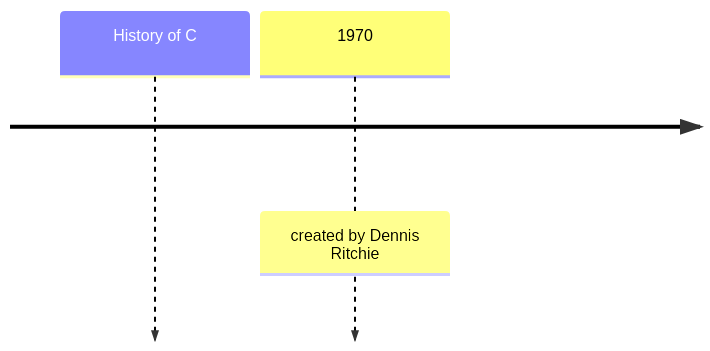
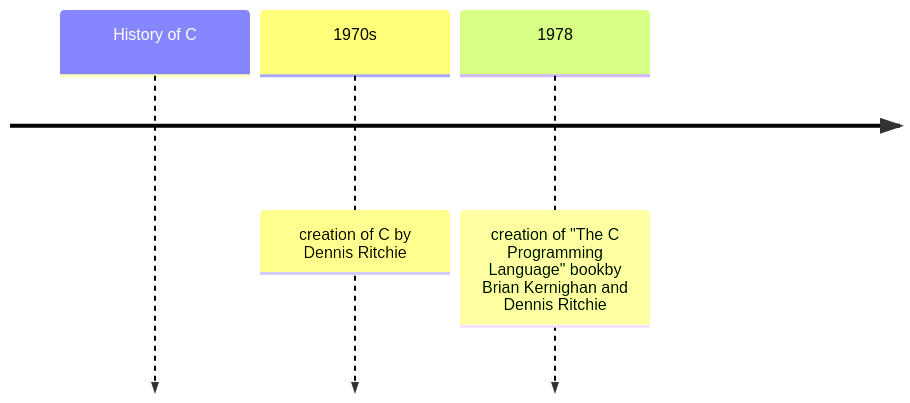
The first of 2 diagrams in other projects/C_learning/history_of_c.md (ProGamerXbox/ComputerScience), drawn with Mermaid before and after one commit. The commit also changed other lines of this file, not shown here.

````diff
--- a/other projects/C_learning/history_of_c.md
+++ b/other projects/C_learning/history_of_c.md
@@ -5,6 +3,7 @@
 ```mermaid
 timeline
     History of C
-    1970 : created by Dennis Ritchie
+    1970s : creation of C by Dennis Ritchie
+    1978 : creation of "The C Programming Language" bookby Brian Kernighan and Dennis Ritchie
 
 ```
````
